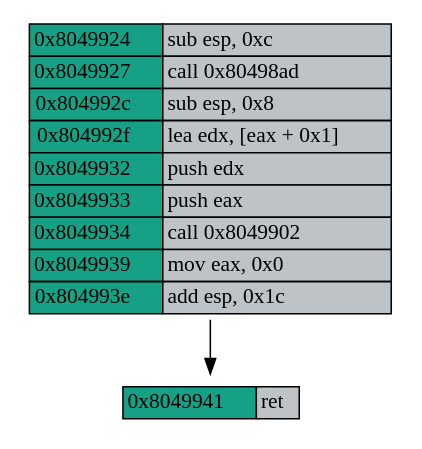
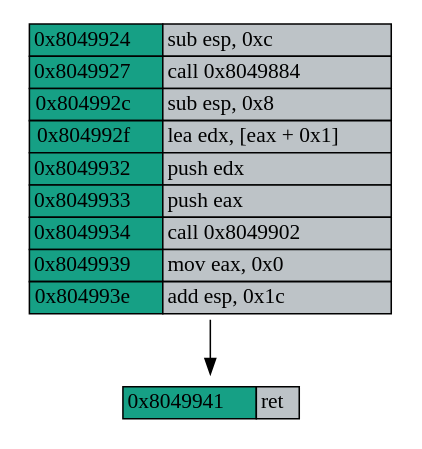
One commit to Nicolnegg/researh changed the diagram in VM/tools-paper/Examples/example-ineq-a>a+1/function_cfg.dot. Above: the diagram before and after it, drawn with Graphviz. The commit also changed 44 other files, not shown here.

```diff
--- a/VM/tools-paper/Examples/example-ineq-a>a+1/function_cfg.dot
+++ b/VM/tools-paper/Examples/example-ineq-a>a+1/function_cfg.dot
@@ -1,23 +1,23 @@
 digraph G {
   node [shape=plaintext, ];
   784405453 [label=<<table border="0" cellspacing="0">
 <tr><td border="1" bgcolor="#16a085">0x8049924</td><td border="1" bgcolor="#bdc3c7" align="left">sub esp, 0xc</td></tr>
-<tr><td border="1" bgcolor="#16a085">0x8049927</td><td border="1" bgcolor="#bdc3c7" align="left">call 0x80498ad</td></tr>
+<tr><td border="1" bgcolor="#16a085">0x8049927</td><td border="1" bgcolor="#bdc3c7" align="left">call 0x8049884</td></tr>
 <tr><td border="1" bgcolor="#16a085">0x804992c</td><td border="1" bgcolor="#bdc3c7" align="left">sub esp, 0x8</td></tr>
 <tr><td border="1" bgcolor="#16a085">0x804992f</td><td border="1" bgcolor="#bdc3c7" align="left">lea edx, [eax + 0x1]</td></tr>
 <tr><td border="1" bgcolor="#16a085">0x8049932</td><td border="1" bgcolor="#bdc3c7" align="left">push edx</td></tr>
 <tr><td border="1" bgcolor="#16a085">0x8049933</td><td border="1" bgcolor="#bdc3c7" align="left">push eax</td></tr>
 <tr><td border="1" bgcolor="#16a085">0x8049934</td><td border="1" bgcolor="#bdc3c7" align="left">call 0x8049902</td></tr>
 <tr><td border="1" bgcolor="#16a085">0x8049939</td><td border="1" bgcolor="#bdc3c7" align="left">mov eax, 0x0</td></tr>
 <tr><td border="1" bgcolor="#16a085">0x804993e</td><td border="1" bgcolor="#bdc3c7" align="left">add esp, 0x1c</td></tr>
 </table>>,
              ];
   251944021 [label=<<table border="0" cellspacing="0">
 <tr><td border="1" bgcolor="#16a085">0x8049941</td><td border="1" bgcolor="#bdc3c7" align="left">ret</td></tr>
 </table>>,
              ];
   
   
   784405453 -> 251944021 [minlen=1, ];
   
   }
```
